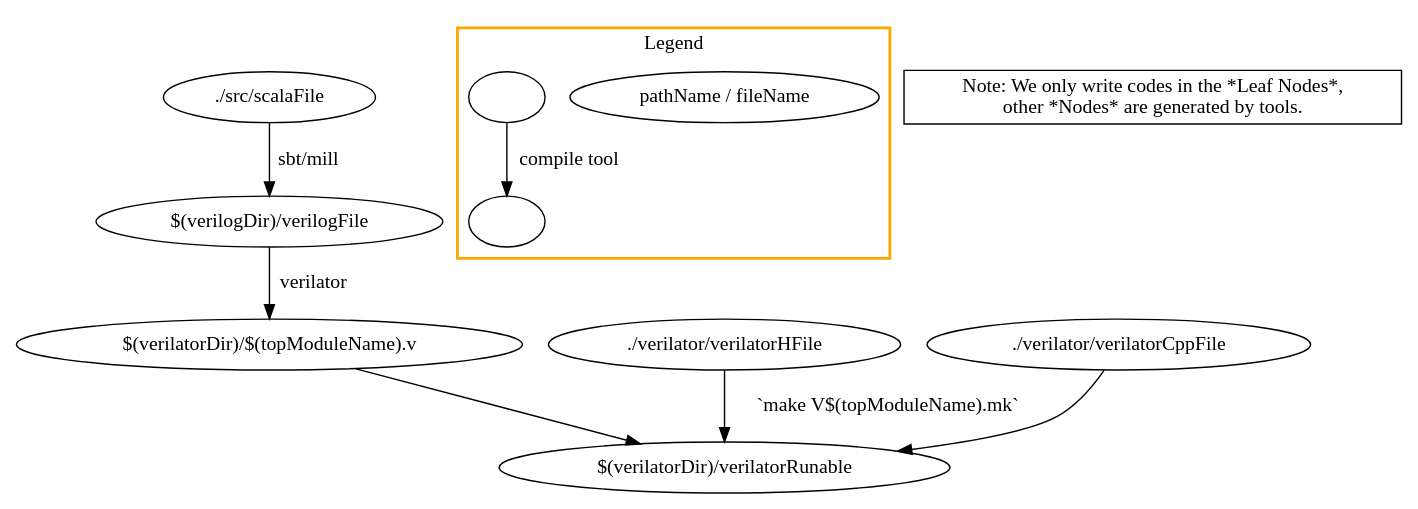
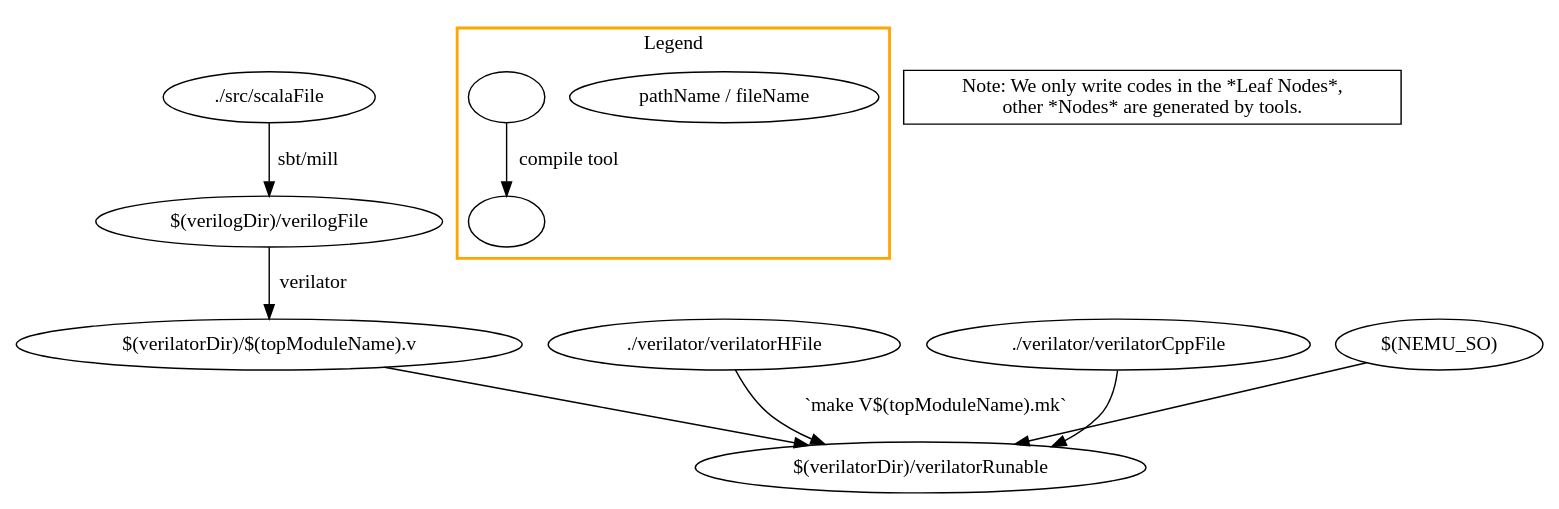
Before and after one commit to yuhengy/coredesign: the diagram in documents/dependChain-makefile.gv, drawn with Graphviz. The commit also changed 15 other files, not shown here.

```diff
--- a/documents/dependChain-makefile.gv
+++ b/documents/dependChain-makefile.gv
@@ -1,19 +1,20 @@
 digraph G {
   "./src/scalaFile" -> "$(verilogDir)/verilogFile" [label="sbt/mill"];
   "$(verilogDir)/verilogFile" -> "$(verilatorDir)/$(topModuleName).v" [label="verilator"];
   "$(verilatorDir)/$(topModuleName).v" -> "$(verilatorDir)/verilatorRunable";
   "./verilator/verilatorHFile" -> "$(verilatorDir)/verilatorRunable" [label="`make V$(topModuleName).mk`"];
   "./verilator/verilatorCppFile" -> "$(verilatorDir)/verilatorRunable";
+  "$(NEMU_SO)" -> "$(verilatorDir)/verilatorRunable";
 
   // Legend
   subgraph cluster1 {
     "pathName / fileName";
     " " -> "  " [label="compile tool"];
 
     label = "Legend";
     style=bold;
     color = "orange";
   }
 
   "Note: We only write codes in the *Leaf Nodes*,\nother *Nodes* are generated by tools." [shape=box]
 }
```
